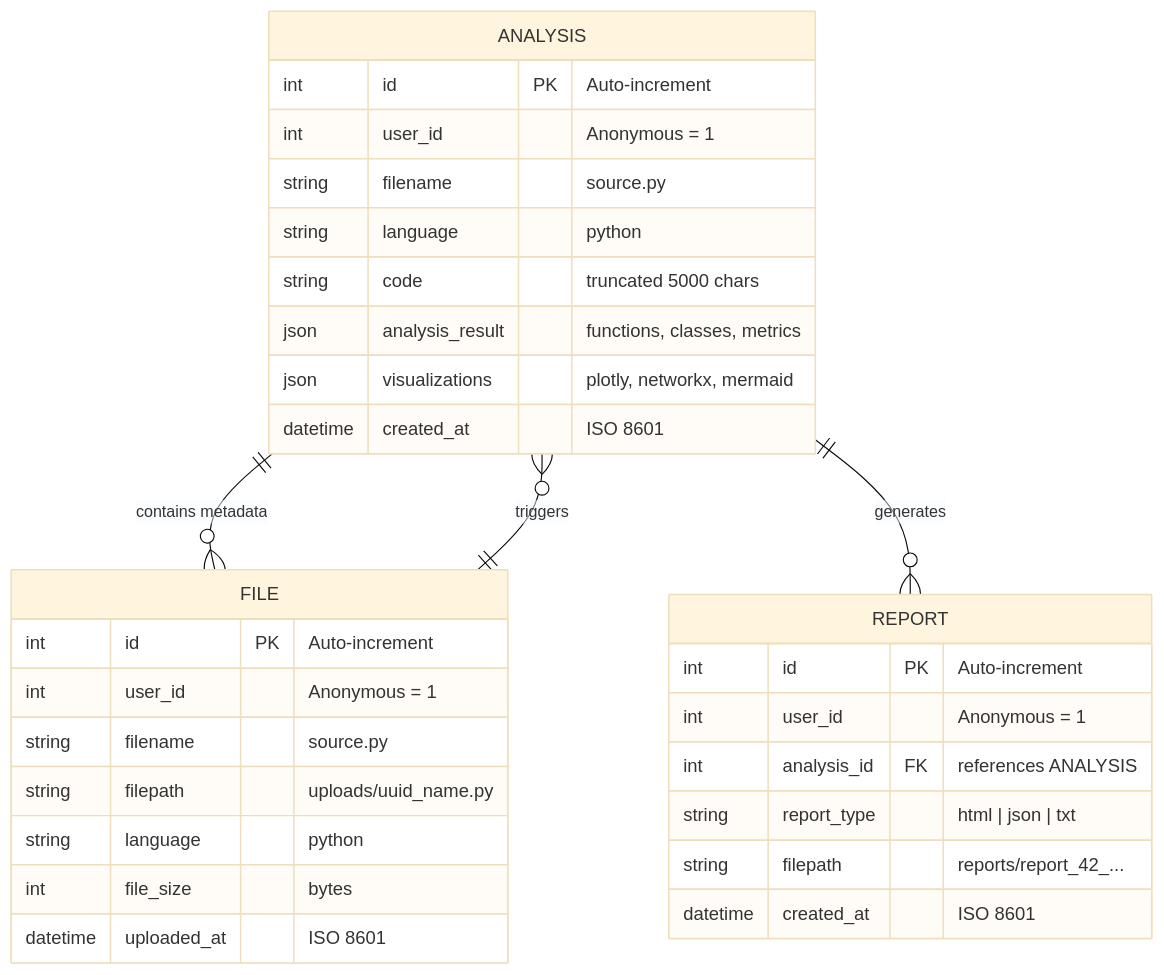
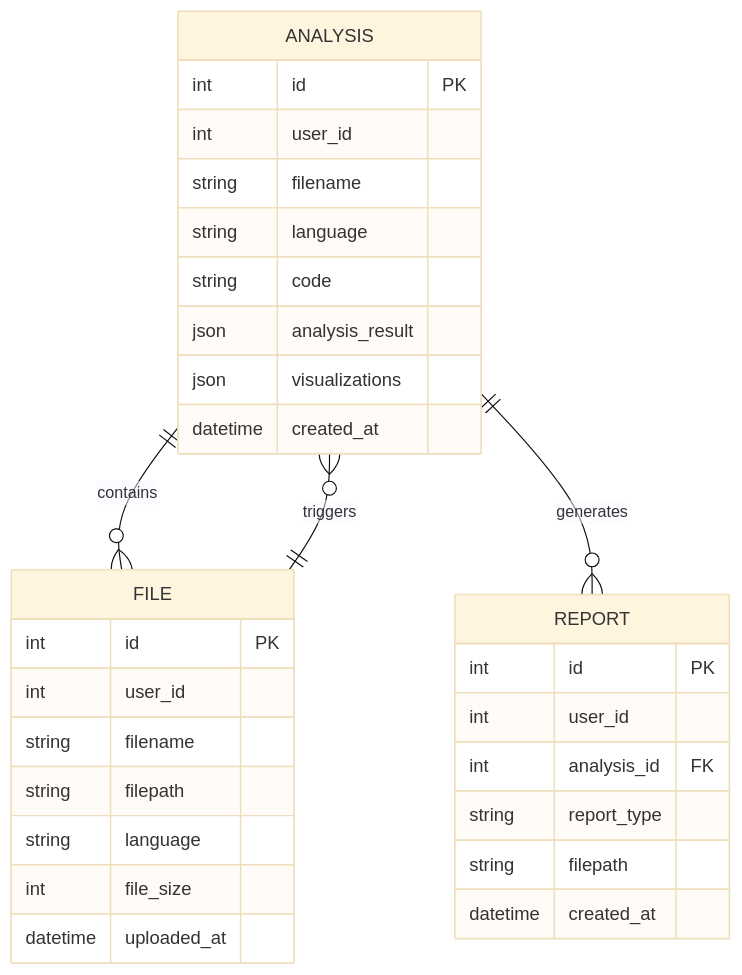
Before and after one commit to issu321/Programming-Visualization: diagram 12 of 21 in README.md, drawn with Mermaid (base theme). The commit also changed other lines of this file, not shown here.

````diff
--- a/README.md
+++ b/README.md
@@ -1127,36 +1014,36 @@
 ```mermaid
 erDiagram
-    ANALYSIS ||--o{ FILE : "contains metadata"
-    ANALYSIS ||--o{ REPORT : "generates"
-    FILE ||--o{ ANALYSIS : "triggers"
+    ANALYSIS ||--o{ FILE : contains
+    ANALYSIS ||--o{ REPORT : generates
+    FILE ||--o{ ANALYSIS : triggers
 
     ANALYSIS {
-        int id PK "Auto-increment"
-        int user_id "Anonymous = 1"
-        string filename "source.py"
-        string language "python"
-        string code "truncated 5000 chars"
-        json analysis_result "functions, classes, metrics"
-        json visualizations "plotly, networkx, mermaid"
-        datetime created_at "ISO 8601"
+        int id PK
+        int user_id
+        string filename
+        string language
+        string code
+        json analysis_result
+        json visualizations
+        datetime created_at
     }
 
     FILE {
-        int id PK "Auto-increment"
-        int user_id "Anonymous = 1"
-        string filename "source.py"
-        string filepath "uploads/uuid_name.py"
-        string language "python"
-        int file_size "bytes"
-        datetime uploaded_at "ISO 8601"
+        int id PK
+        int user_id
+        string filename
+        string filepath
+        string language
+        int file_size
+        datetime uploaded_at
     }
 
     REPORT {
-        int id PK "Auto-increment"
-        int user_id "Anonymous = 1"
-        int analysis_id FK "references ANALYSIS"
-        string report_type "html | json | txt"
-        string filepath "reports/report_42_..."
-        datetime created_at "ISO 8601"
+        int id PK
+        int user_id
+        int analysis_id FK
+        string report_type
+        string filepath
+        datetime created_at
     }
 ```
````
